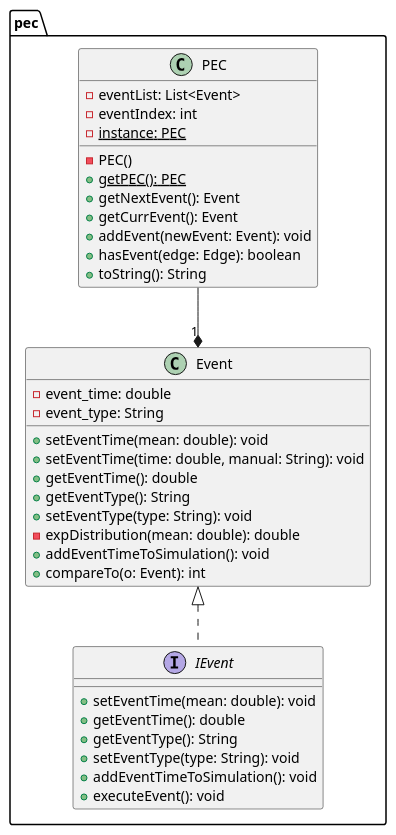
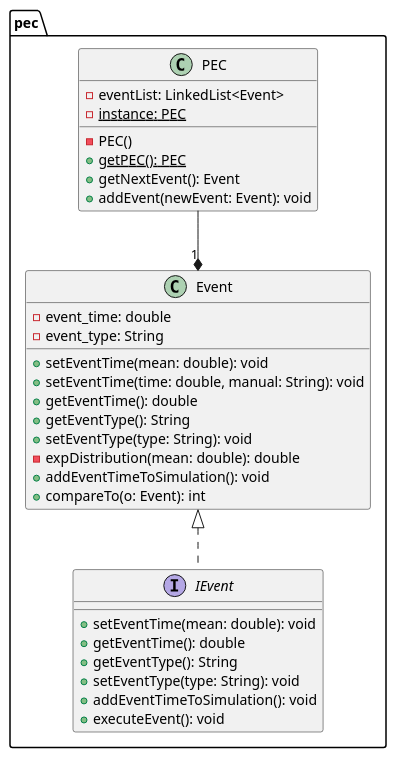
Before and after one commit to fredericocascais/oop-project: the diagram in uml/pec.puml, drawn with PlantUML. The commit also changed 15 other files, not shown here.

```diff
--- a/uml/pec.puml
+++ b/uml/pec.puml
@@ -1,43 +1,39 @@
 @startuml
 
 package pec {
     class Event {
         -event_time: double
         -event_type: String
         +setEventTime(mean: double): void
         +setEventTime(time: double, manual: String): void
         +getEventTime(): double
         +getEventType(): String
         +setEventType(type: String): void
         -expDistribution(mean: double): double
         +addEventTimeToSimulation(): void
         +compareTo(o: Event): int
     }
 
     interface IEvent {
         +setEventTime(mean: double): void
         +getEventTime(): double
         +getEventType(): String
         +setEventType(type: String): void
         +addEventTimeToSimulation(): void
         +executeEvent(): void
     }
 
     class PEC {
-        -eventList: List<Event>
-        -eventIndex: int
+        -eventList: LinkedList<Event>
         {static} -instance: PEC
         - PEC()
         {static} + getPEC(): PEC
         + getNextEvent(): Event
-        + getCurrEvent(): Event
         + addEvent(newEvent: Event): void
-        + hasEvent(edge: Edge): boolean
-        + toString(): String
     }
 }
 
 Event <|.. IEvent
 PEC --* "1" Event
 
 @enduml
```
